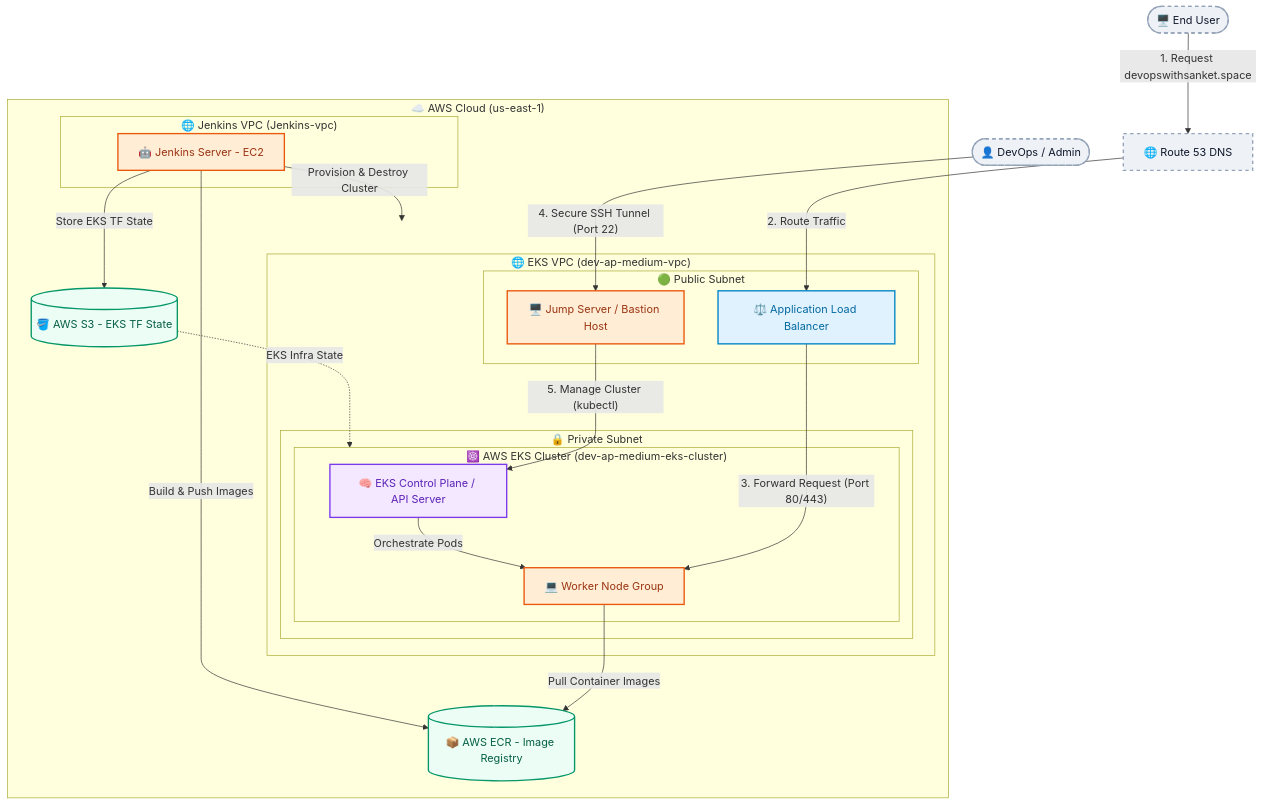
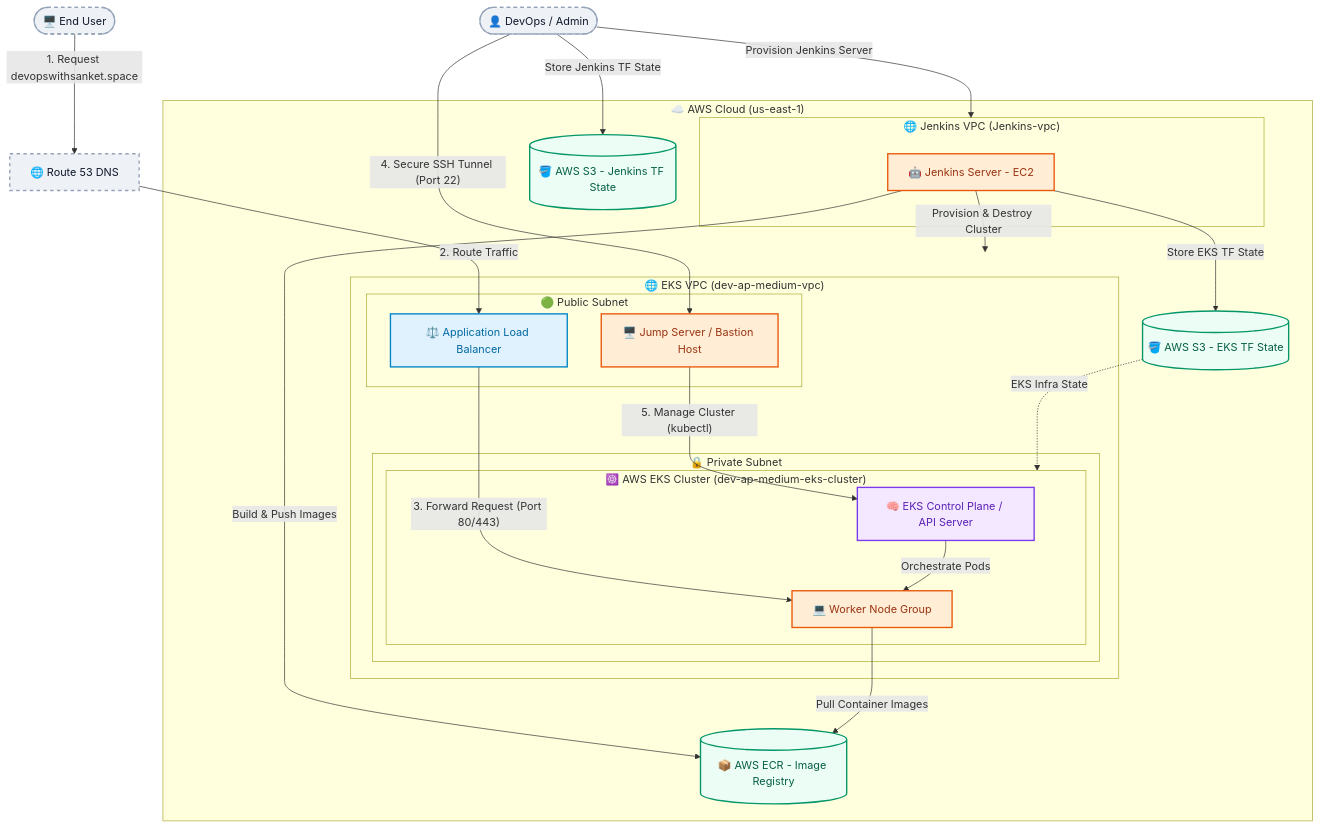
One commit to Sanket006/three-tier-devsecops-eks changed the first of 3 diagrams in docs/09-architecture-diagrams.md. Above: the diagram before and after it, drawn with Mermaid. The commit also changed other lines of this file, not shown here.

Commit message:
docs: add Jenkins and EKS S3 state buckets and flows in AWS diagram

````diff
--- a/docs/09-architecture-diagrams.md
+++ b/docs/09-architecture-diagrams.md
@@ -10,60 +10,65 @@
 ```mermaid
 graph TB
     %% Nodes outside VPC
     User([🖥️ End User])
     DevOps([👤 DevOps / Admin])
     Route53[🌐 Route 53 DNS]
 
     subgraph AWS_Cloud ["☁️ AWS Cloud (us-east-1)"]
         
         subgraph Jenkins_VPC ["🌐 Jenkins VPC (Jenkins-vpc)"]
             Jenkins[🤖 Jenkins Server - EC2]
         end
 
         subgraph EKS_VPC ["🌐 EKS VPC (dev-ap-medium-vpc)"]
             subgraph Public_Subnet ["🟢 Public Subnet"]
                 ALB[⚖️ Application Load Balancer]
                 JumpServer[🖥️ Jump Server / Bastion Host]
             end
             
             subgraph Private_Subnet ["🔒 Private Subnet"]
                 subgraph EKS_Cluster ["☸️ AWS EKS Cluster (dev-ap-medium-eks-cluster)"]
                     ControlPlane[🧠 EKS Control Plane / API Server]
                     WorkerNodes[💻 Worker Node Group]
                 end
             end
         end
         
         %% AWS Managed Services
         ECR[(📦 AWS ECR - Image Registry)]
-        S3[(🪣 AWS S3 - EKS TF State)]
+        S3_EKS[(🪣 AWS S3 - EKS TF State)]
+        S3_Jenkins[(🪣 AWS S3 - Jenkins TF State)]
     end
 
     %% Flow connections
     User -->|1. Request devopswithsanket.space| Route53
     Route53 -->|2. Route Traffic| ALB
     ALB -->|"3. Forward Request (Port 80/443)"| WorkerNodes
     DevOps -->|"4. Secure SSH Tunnel (Port 22)"| JumpServer
     JumpServer -->|"5. Manage Cluster (kubectl)"| ControlPlane
     ControlPlane -->|Orchestrate Pods| WorkerNodes
     
+    %% DevOps provisioning Jenkins Server
+    DevOps -->|"Store Jenkins TF State"| S3_Jenkins
+    DevOps -->|Provision Jenkins Server| Jenkins_VPC
+
     %% Pipeline & Infrastructure Management
     Jenkins -->|Provision & Destroy Cluster| EKS_VPC
-    Jenkins -->|"Store EKS TF State"| S3
-    S3 -.->|"EKS Infra State"| EKS_Cluster
+    Jenkins -->|"Store EKS TF State"| S3_EKS
+    S3_EKS -.->|"EKS Infra State"| EKS_Cluster
     Jenkins -->|Build & Push Images| ECR
     WorkerNodes -->|Pull Container Images| ECR
 
     %% Formatting / Class Definitions for premium look
     classDef external fill:#eef2f7,stroke:#94a3b8,stroke-width:2px,color:#0f172a,stroke-dasharray: 5 5;
     classDef network fill:#e0f2fe,stroke:#0284c7,stroke-width:2px,color:#0369a1;
     classDef compute fill:#ffedd5,stroke:#ea580c,stroke-width:2px,color:#9a3412;
     classDef storage fill:#ecfdf5,stroke:#059669,stroke-width:2px,color:#065f46;
     classDef security fill:#f3e8ff,stroke:#7c3aed,stroke-width:2px,color:#5b21b6;
 
     class User,DevOps,Route53 external;
     class ALB network;
     class JumpServer,Jenkins,WorkerNodes compute;
-    class ECR,S3 storage;
+    class ECR,S3_EKS,S3_Jenkins storage;
     class ControlPlane security;
 ```
````
